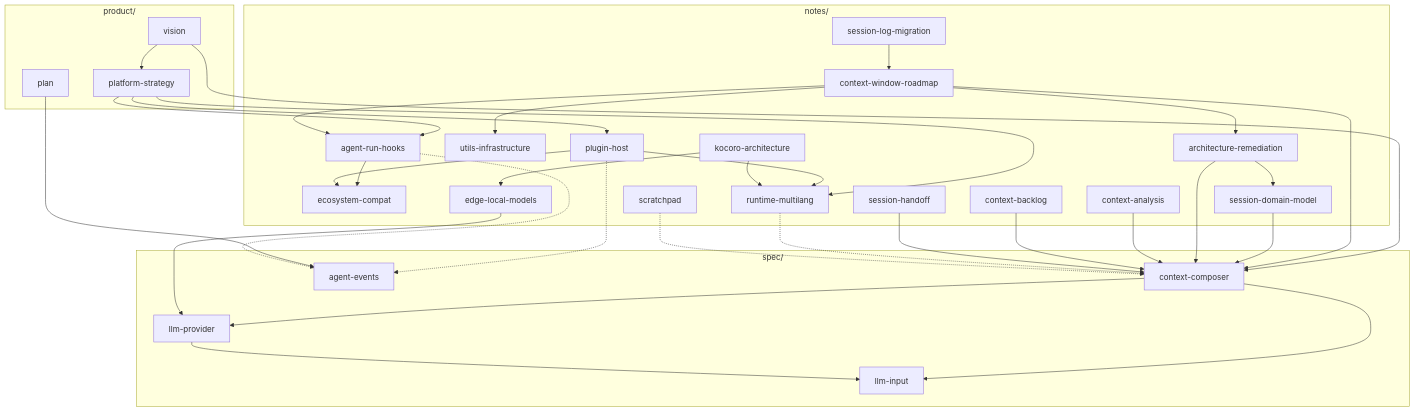
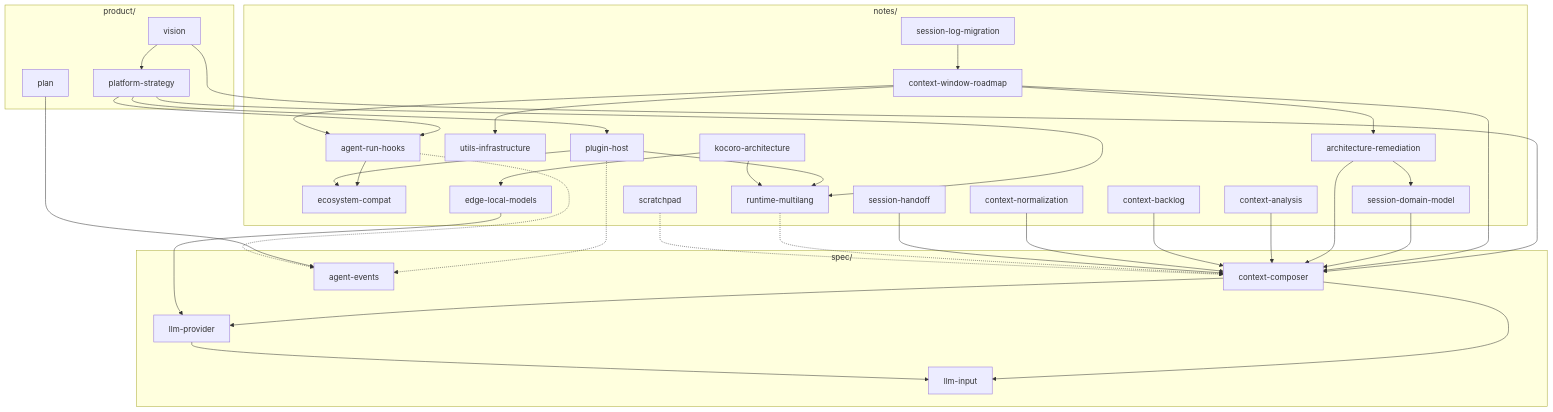
One commit to chendpoc/moontide changed the diagram in docs/README.md. Above: the diagram before and after it, drawn with Mermaid. The commit also changed other lines of this file and 6 other files, not shown here.

First line of the commit message:
docs(context): budget tiers spec, backlog status, and normalization note

````diff
--- a/docs/README.md
+++ b/docs/README.md
@@ -14,64 +14,66 @@
 ```mermaid
 flowchart TB
   subgraph product["product/"]
     V[vision]
     P[plan]
     PS[platform-strategy]
   end
 
   subgraph spec["spec/"]
     CC[context-composer]
     LP[llm-provider]
     LI[llm-input]
     AE[agent-events]
   end
 
   subgraph notes["notes/"]
     CWR[context-window-roadmap]
     AR[agent-run-hooks]
     UI[utils-infrastructure]
     EC[ecosystem-compat]
     CA[context-analysis]
     CB[context-backlog]
+    CN[context-normalization]
     SDM[session-domain-model]
     SLM[session-log-migration]
     EL[edge-local-models]
     KO[kocoro-architecture]
     SH[session-handoff]
     RM[runtime-multilang]
     PH[plugin-host]
     SP[scratchpad]
     AFP[architecture-remediation]
   end
 
   V --> CC
   V --> PS
   PS --> RM
   PS --> AR
   AR --> EC
   PH --> EC
   PS --> PH
   PH --> RM
   PH -.-> AE
   P --> AE
   AR -.-> AE
   CWR --> UI
   CWR --> CC
   CWR --> AR
   SDM --> CC
   AFP --> CC
   AFP --> SDM
   CWR --> AFP
   SLM --> CWR
   CC --> LP
   CC --> LI
   LP --> LI
   CA --> CC
   CB --> CC
+  CN --> CC
   EL --> LP
   KO --> RM
   KO --> EL
   SH --> CC
   RM -.-> CC
   SP -.-> CC
 ```
````
